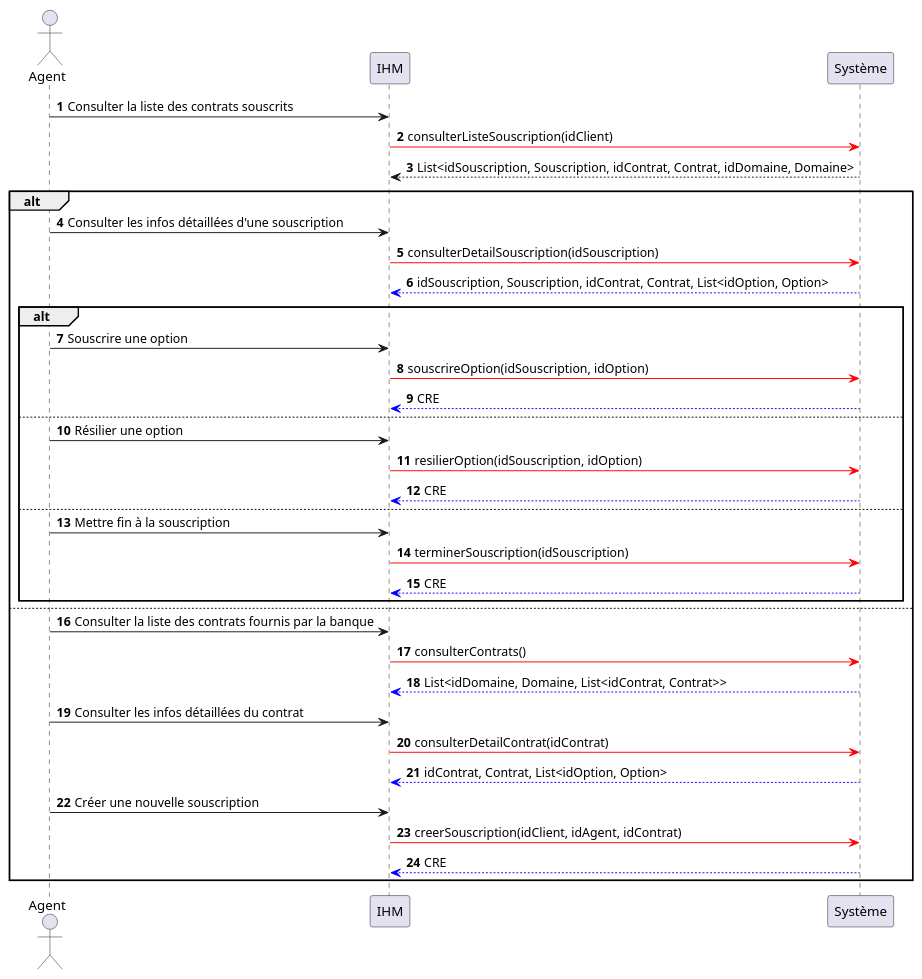
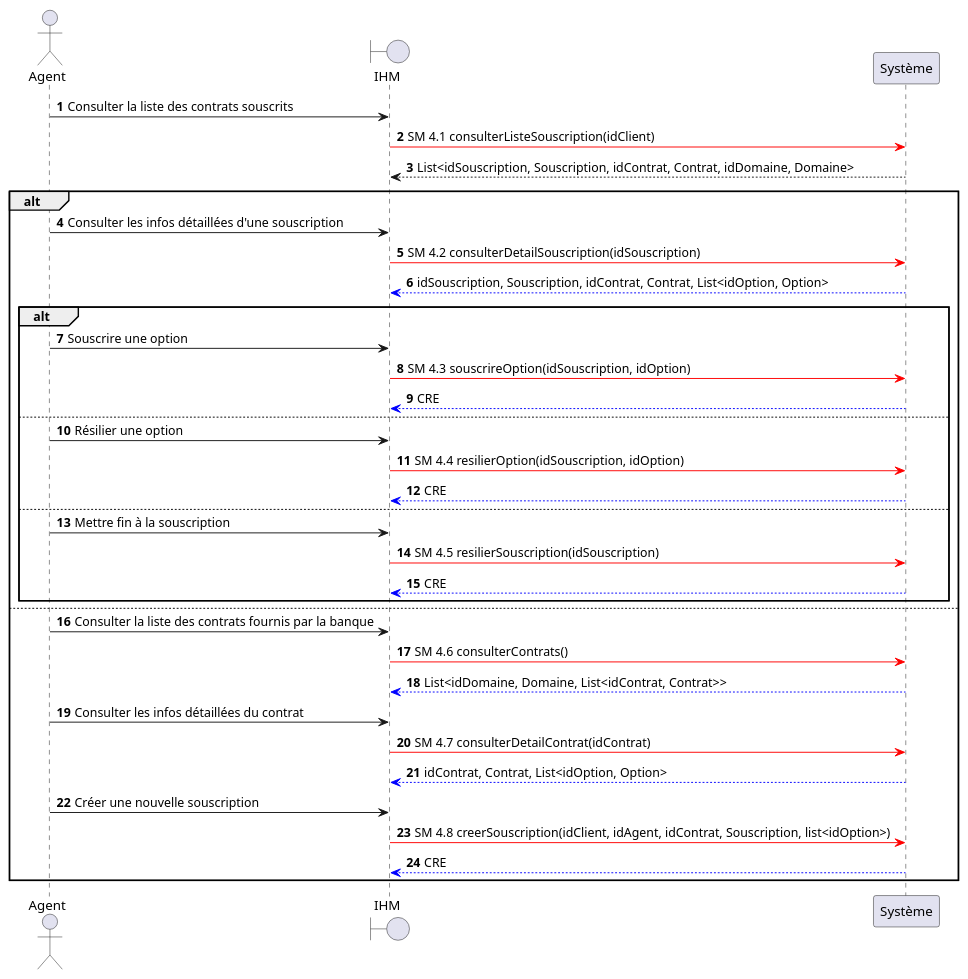
One commit to HZjiadong/PLD-MARS changed the diagram in src/documentation/CU4_DSS.puml. Above: the diagram before and after it, drawn with PlantUML. The commit also changed 1 other file, not shown here.

```diff
--- a/src/documentation/CU4_DSS.puml
+++ b/src/documentation/CU4_DSS.puml
@@ -1,37 +1,38 @@
 @startuml
 actor Agent
+boundary IHM
 autonumber
 Agent -> IHM : Consulter la liste des contrats souscrits
-IHM -[#red]> Système : consulterListeSouscription(idClient)
+IHM -[#red]> Système : SM 4.1 consulterListeSouscription(idClient)
 Système --> IHM : List<idSouscription, Souscription, idContrat, Contrat, idDomaine, Domaine>
 alt
     Agent -> IHM : Consulter les infos détaillées d'une souscription
-    IHM -[#red]> Système : consulterDetailSouscription(idSouscription)
+    IHM -[#red]> Système : SM 4.2 consulterDetailSouscription(idSouscription)
     Système -[#0000FF]-> IHM : idSouscription, Souscription, idContrat, Contrat, List<idOption, Option>
     alt
     Agent -> IHM : Souscrire une option
-    IHM -[#red]> Système : souscrireOption(idSouscription, idOption)
+    IHM -[#red]> Système : SM 4.3 souscrireOption(idSouscription, idOption)
     Système -[#0000FF]-> IHM : CRE
     else
     Agent -> IHM : Résilier une option
-    IHM -[#red]> Système :resilierOption(idSouscription, idOption)
+    IHM -[#red]> Système : SM 4.4 resilierOption(idSouscription, idOption)
     Système -[#0000FF]-> IHM : CRE
     else
     Agent -> IHM : Mettre fin à la souscription
-    IHM -[#red]> Système : terminerSouscription(idSouscription)
+    IHM -[#red]> Système : SM 4.5 resilierSouscription(idSouscription)
     Système -[#0000FF]-> IHM : CRE
     end
 else
     Agent -> IHM : Consulter la liste des contrats fournis par la banque
-    IHM -[#red]> Système : consulterContrats()
+    IHM -[#red]> Système : SM 4.6 consulterContrats()
     Système -[#0000FF]-> IHM : List<idDomaine, Domaine, List<idContrat, Contrat>>
 
     Agent -> IHM : Consulter les infos détaillées du contrat
-    IHM -[#red]> Système : consulterDetailContrat(idContrat)
+    IHM -[#red]> Système : SM 4.7 consulterDetailContrat(idContrat)
     Système -[#0000FF]-> IHM : idContrat, Contrat, List<idOption, Option>
 
     Agent -> IHM : Créer une nouvelle souscription
-    IHM -[#red]> Système : creerSouscription(idClient, idAgent, idContrat)
+    IHM -[#red]> Système : SM 4.8 creerSouscription(idClient, idAgent, idContrat, Souscription, list<idOption>)
     Système -[#0000FF]-> IHM : CRE
 end
 @enduml
```
